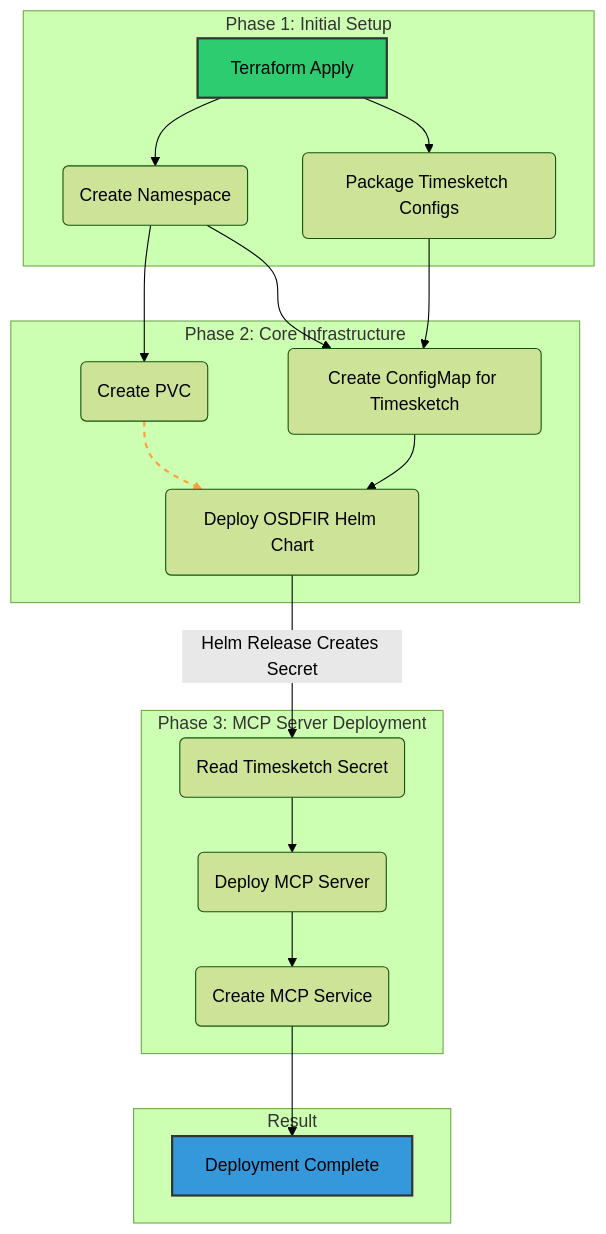
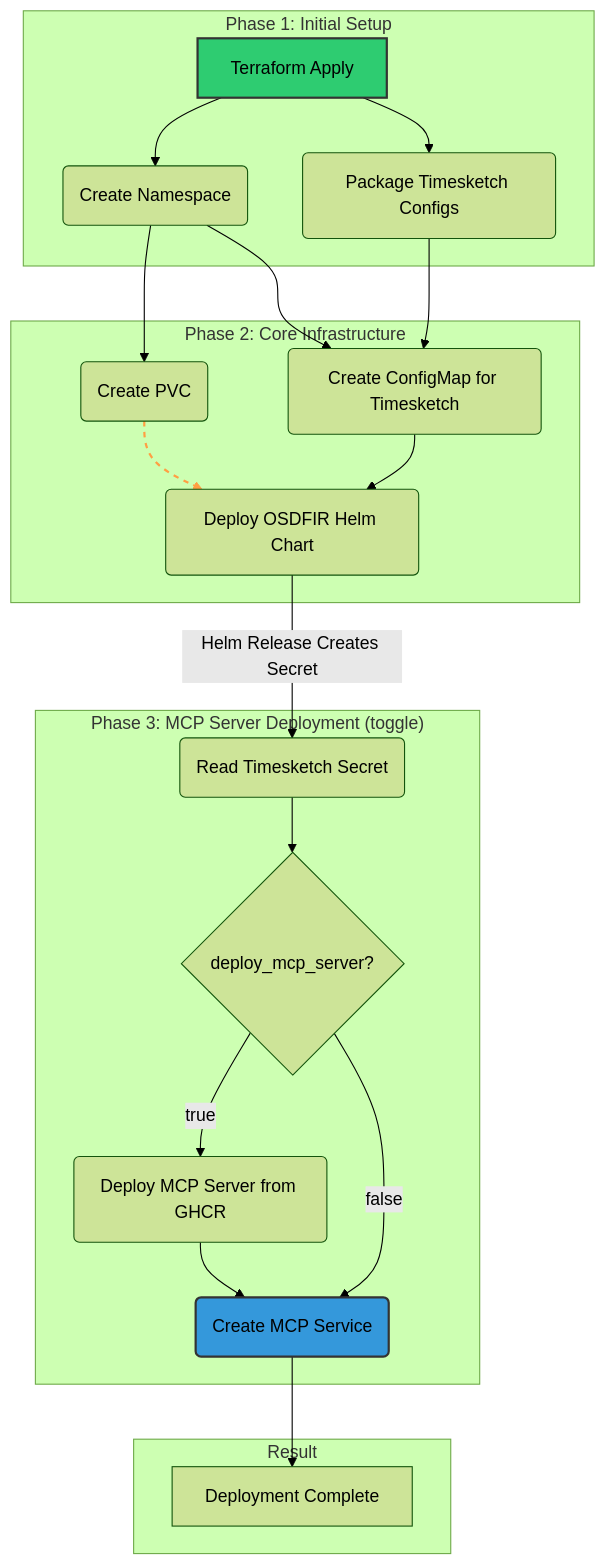
Before and after one commit to kev365/OSDFIR-Lab: the diagram in docs/flowchart-deployment-terrform.mmd, drawn with Mermaid (forest theme). The commit also changed 33 other files, not shown here.

First line of the commit message:
feat: Refactor to use upstream helm chart with custom add-ons

```diff
--- a/docs/flowchart-deployment-terrform.mmd
+++ b/docs/flowchart-deployment-terrform.mmd
@@ -1,27 +1,29 @@
 graph TD
     subgraph "Phase 1: Initial Setup"
         A[Terraform Apply] --> B(Create Namespace);
         A --> C(Package Timesketch Configs);
     end
 
     subgraph "Phase 2: Core Infrastructure"
         B --> D(Create PVC);
         B --> E(Create ConfigMap for Timesketch);
         C --> E;
         D --> F(Deploy OSDFIR Helm Chart);
         E --> F;
     end
 
-    subgraph "Phase 3: MCP Server Deployment"
+    subgraph "Phase 3: MCP Server Deployment (toggle)"
         F -- Helm Release Creates Secret --> G(Read Timesketch Secret);
-        G --> H(Deploy MCP Server);
-        H --> I(Create MCP Service);
+        G --> H{deploy_mcp_server?};
+        H -- true --> I(Deploy MCP Server from GHCR);
+        I --> J(Create MCP Service);
+        H -- false --> J;
     end
     
     subgraph "Result"
-        I --> J[Deployment Complete];
+        J --> K[Deployment Complete];
     end
 
     style A fill:#2ecc71,stroke:#333,stroke-width:2px
     style J fill:#3498db,stroke:#333,stroke-width:2px
     linkStyle 5 stroke:#ff9f43,stroke-width:2px,stroke-dasharray: 5 5;
```
